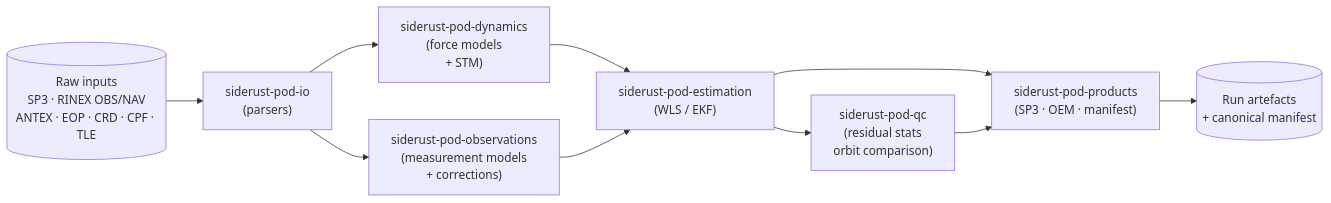
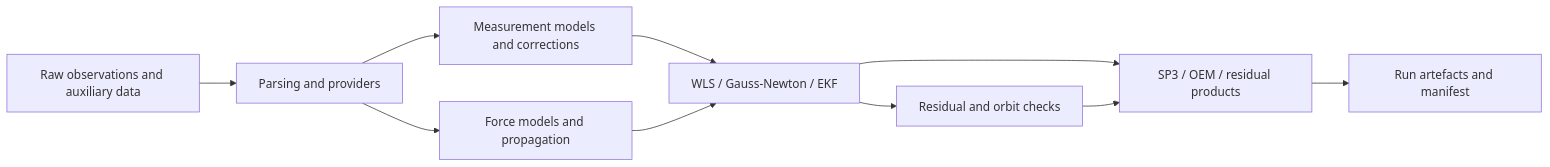
The second of 2 diagrams in docs/architecture/overview.md (Siderust/siderust-pod), drawn with Mermaid before and after one commit. The commit also changed other lines of this file and 46 other files, not shown here.

````diff
--- a/docs/architecture/overview.md
+++ b/docs/architecture/overview.md
@@ -139,21 +45,12 @@
 ```mermaid
 flowchart LR
-    RAW[("Raw inputs<br/>SP3 · RINEX OBS/NAV<br/>ANTEX · EOP · CRD · CPF · TLE")]
-    IO["siderust-pod-io<br/>(parsers)"]
-    OBS["siderust-pod-observations<br/>(measurement models<br/>+ corrections)"]
-    DYN["siderust-pod-dynamics<br/>(force models<br/>+ STM)"]
-    EST["siderust-pod-estimation<br/>(WLS / EKF)"]
-    QC["siderust-pod-qc<br/>(residual stats<br/>orbit comparison)"]
-    PROD["siderust-pod-products<br/>(SP3 · OEM · manifest)"]
-    OUT[("Run artefacts<br/>+ canonical manifest")]
-
-    RAW --> IO
-    IO --> OBS
-    IO --> DYN
+    RAW[Raw observations and auxiliary data] --> IO[Parsing and providers]
+    IO --> OBS[Measurement models and corrections]
+    IO --> DYN[Force models and propagation]
+    OBS --> EST[WLS / Gauss-Newton / EKF]
     DYN --> EST
-    OBS --> EST
-    EST --> QC
-    EST --> PROD
+    EST --> QC[Residual and orbit checks]
+    EST --> PROD[SP3 / OEM / residual products]
     QC --> PROD
-    PROD --> OUT
+    PROD --> OUT[Run artefacts and manifest]
 ```
````
